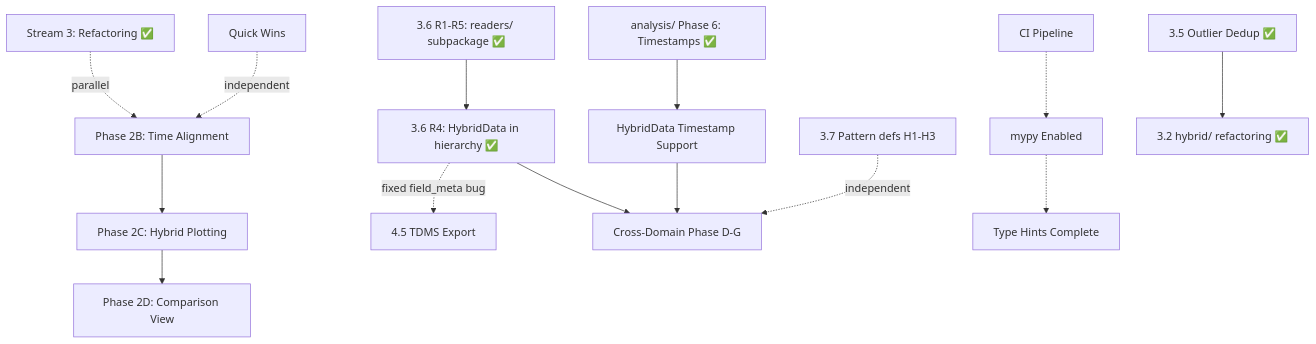
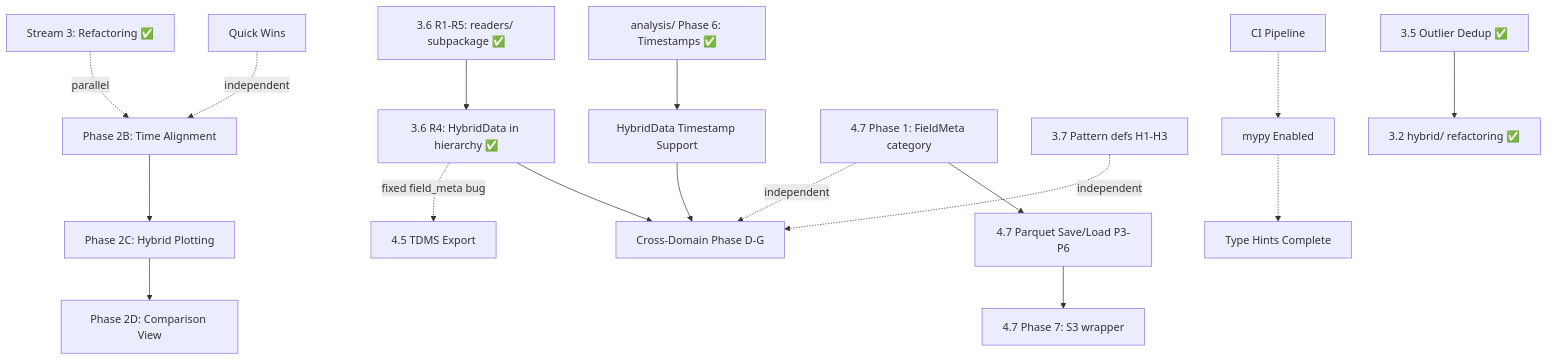
The diagram in prompts/ROADMAP.md (MagnetDB/python_magnetrun), drawn with Mermaid before and after one commit. The commit also changed other lines of this file, not shown here.

Commit message:
add parquet save plan

````diff
--- a/prompts/ROADMAP.md
+++ b/prompts/ROADMAP.md
@@ -353,21 +392,25 @@
 ```mermaid
 graph TD
     A[Phase 2B: Time Alignment] --> B[Phase 2C: Hybrid Plotting]
     B --> C[Phase 2D: Comparison View]
 
     D[analysis/ Phase 6: Timestamps ✅] --> E[HybridData Timestamp Support]
     E --> F[Cross-Domain Phase D-G]
 
     R1[3.6 R1-R5: readers/ subpackage ✅] --> R4[3.6 R4: HybridData in hierarchy ✅]
     R4 --> F
     R4 -.fixed field_meta bug.-> T[4.5 TDMS Export]
 
+    PQ1[4.7 Phase 1: FieldMeta category] --> PQ3[4.7 Parquet Save/Load P3-P6]
+    PQ3 --> PQ7[4.7 Phase 7: S3 wrapper]
+    PQ1 -.independent.-> F
+
     H1[3.7 Pattern defs H1-H3] -.independent.-> F
 
     G[CI Pipeline] -.-> HH[mypy Enabled]
     HH -.-> I[Type Hints Complete]
 
     J[Quick Wins] -.independent.-> A
     K[Stream 3: Refactoring ✅] -.parallel.-> A
     L[3.5 Outlier Dedup ✅] --> M[3.2 hybrid/ refactoring ✅]
 ```
````
